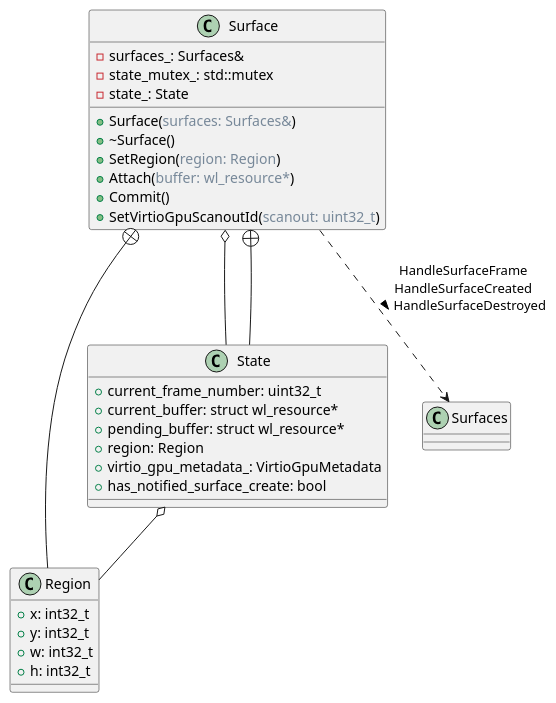
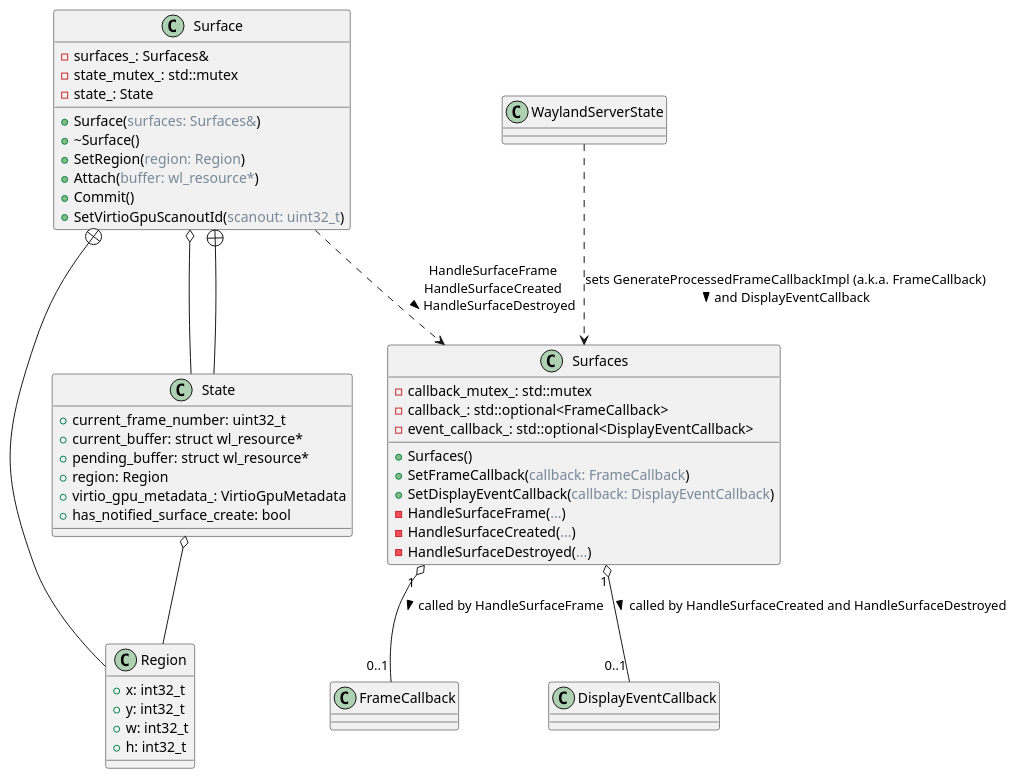
Before and after one commit to dmitvitalii/cf_diagrams: the diagram in surfaces_diagram.puml, drawn with PlantUML. The commit also changed 4 other files, not shown here.

Commit message:
Move Callbacks to a separate diagram

```diff
--- a/surfaces_diagram.puml
+++ b/surfaces_diagram.puml
@@ -1,41 +1,59 @@
 @startuml surfaces_diagram
 
 class Surface {
   + Surface(<color:LightSlateGray>surfaces: Surfaces&</color>)
   + ~Surface()
   + SetRegion(<color:LightSlateGray>region: Region</color>)
   + Attach(<color:LightSlateGray>buffer: wl_resource*</color>)
   + Commit()
   + SetVirtioGpuScanoutId(<color:LightSlateGray>scanout: uint32_t</color>)
 
   - surfaces_: Surfaces&
   - state_mutex_: std::mutex
   - state_: State
 
 }
 
 class Region {
   + x: int32_t
   + y: int32_t
   + w: int32_t
   + h: int32_t
 }
 
 class State {
   + current_frame_number: uint32_t
   + current_buffer: struct wl_resource*
   + pending_buffer: struct wl_resource*
   + region: Region
   + virtio_gpu_metadata_: VirtioGpuMetadata
   + has_notified_surface_create: bool
 }
 
+class Surfaces {
+  + Surfaces()
+  + SetFrameCallback(<color:LightSlateGray>callback: FrameCallback</color>)
+  + SetDisplayEventCallback(<color:LightSlateGray>callback: DisplayEventCallback</color>)
+
+  - callback_mutex_: std::mutex
+  - callback_: std::optional<FrameCallback>
+  - event_callback_: std::optional<DisplayEventCallback>
+
+  - HandleSurfaceFrame(<color:LightSlateGray>...</color>)
+  - HandleSurfaceCreated(<color:LightSlateGray>...</color>)
+  - HandleSurfaceDestroyed(<color:LightSlateGray>...</color>)
+}
+
+WaylandServerState ..> Surfaces : sets GenerateProcessedFrameCallbackImpl (a.k.a. FrameCallback)\nand DisplayEventCallback >
+Surfaces "1" o-- "0..1" FrameCallback : called by HandleSurfaceFrame >
+Surfaces "1" o-- "0..1" DisplayEventCallback : called by HandleSurfaceCreated and HandleSurfaceDestroyed >
+
 Surface ..> Surfaces : HandleSurfaceFrame\nHandleSurfaceCreated\nHandleSurfaceDestroyed >
 Surface o-- State
 
 State o-- Region
 
 Surface +-- Region
 Surface +-- State
 
 @enduml
```
